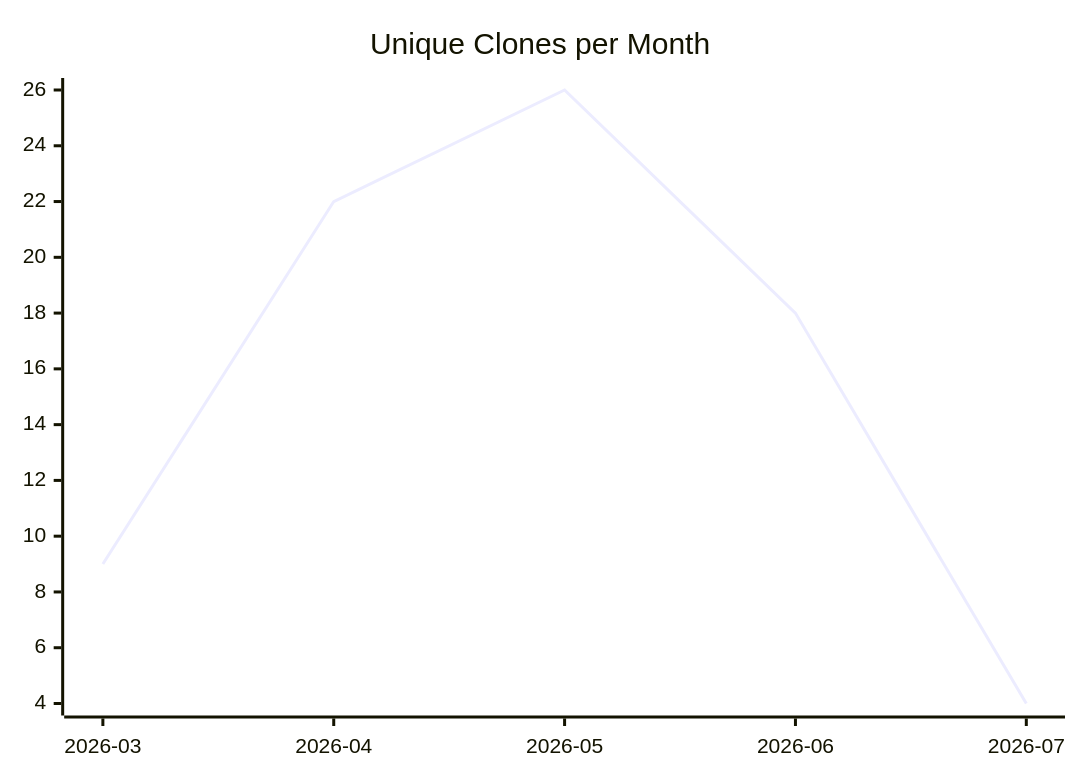
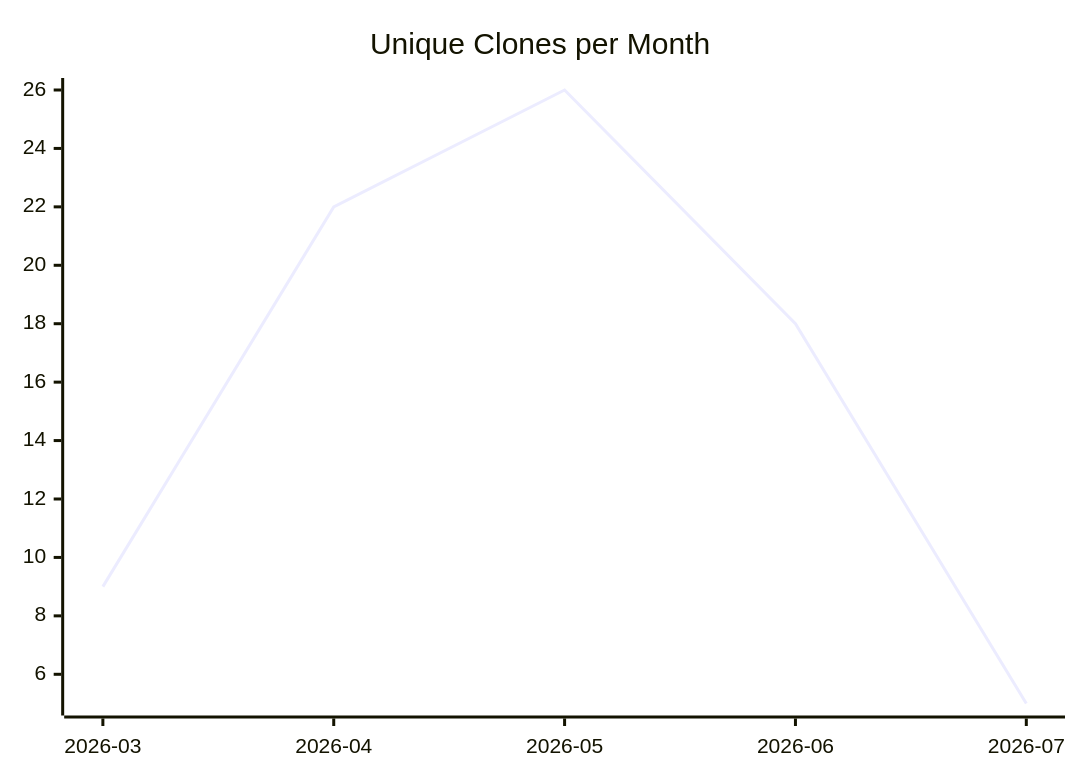
Before and after one commit to justdavis-family/github-analytics-data: the third of 3 diagrams in karlmdavis/lego-ev3dev-rs/README.md, drawn with Mermaid. The commit also changed other lines of this file and 166 other files, not shown here.

````diff
--- a/karlmdavis/lego-ev3dev-rs/README.md
+++ b/karlmdavis/lego-ev3dev-rs/README.md
@@ -19,6 +19,6 @@
 ```mermaid
 xychart-beta
   title "Unique Clones per Month"
   x-axis ["2026-03", "2026-04", "2026-05", "2026-06", "2026-07"]
-  line [9, 22, 26, 18, 4]
+  line [9, 22, 26, 18, 5]
 ```
````
